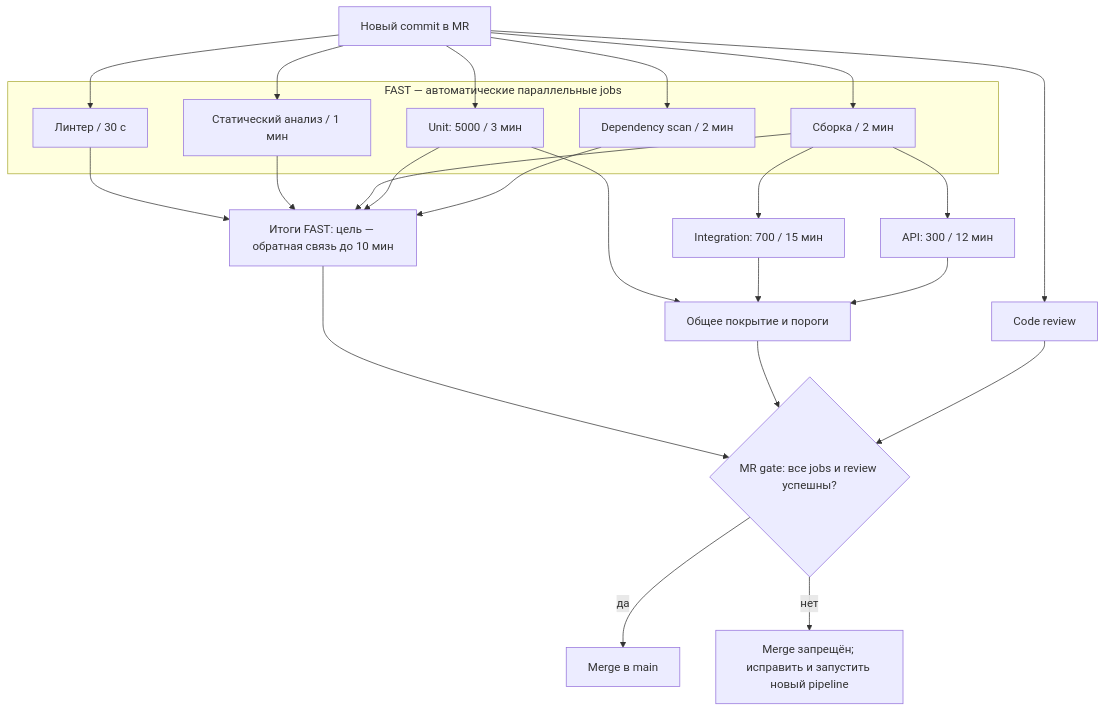
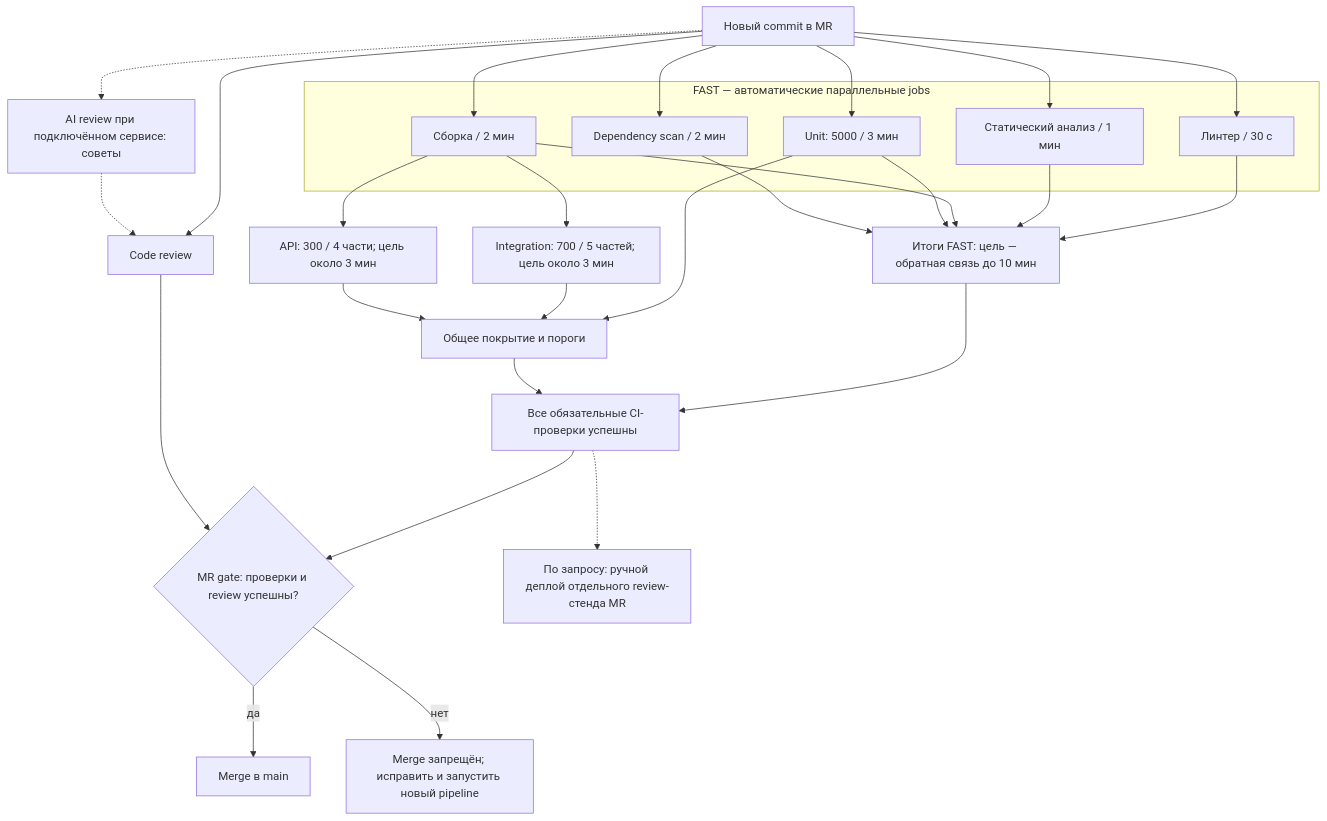
Before and after one commit to AxoRm/seminar-4-ci-cd-quality-gates: the first of 2 diagrams in README.md, drawn with Mermaid. The commit also changed other lines of this file and 5 other files, not shown here.

````diff
--- a/README.md
+++ b/README.md
@@ -15,32 +17,36 @@
 ```mermaid
 flowchart TD
     MR[Новый commit в MR]
     subgraph FAST[FAST — автоматические параллельные jobs]
       L[Линтер / 30 с]
       S[Статический анализ / 1 мин]
       B[Сборка / 2 мин]
       U[Unit: 5000 / 3 мин]
       D[Dependency scan / 2 мин]
     end
     MR --> L
     MR --> S
     MR --> B
     MR --> U
     MR --> D
     MR --> REV[Code review]
+    MR -.-> AI[AI review при подключённом сервисе: советы]
+    AI -.-> REV
     L --> FG[Итоги FAST: цель — обратная связь до 10 мин]
     S --> FG
     B --> FG
     U --> FG
     D --> FG
-    B --> I[Integration: 700 / 15 мин]
-    B --> P[API: 300 / 12 мин]
+    B --> I[Integration: 700 / 5 частей; цель около 3 мин]
+    B --> P[API: 300 / 4 части; цель около 3 мин]
     U --> C[Общее покрытие и пороги]
     I --> C
     P --> C
-    FG --> MG{MR gate: все jobs и review успешны?}
-    C --> MG
+    FG --> CHECKS[Все обязательные CI-проверки успешны]
+    C --> CHECKS
+    CHECKS --> MG{MR gate: проверки и review успешны?}
+    CHECKS -.-> PREVIEW[По запросу: ручной деплой отдельного review-стенда MR]
     REV --> MG
     MG -->|да| M[Merge в main]
     MG -->|нет| X[Merge запрещён; исправить и запустить новый pipeline]
 ```
````
